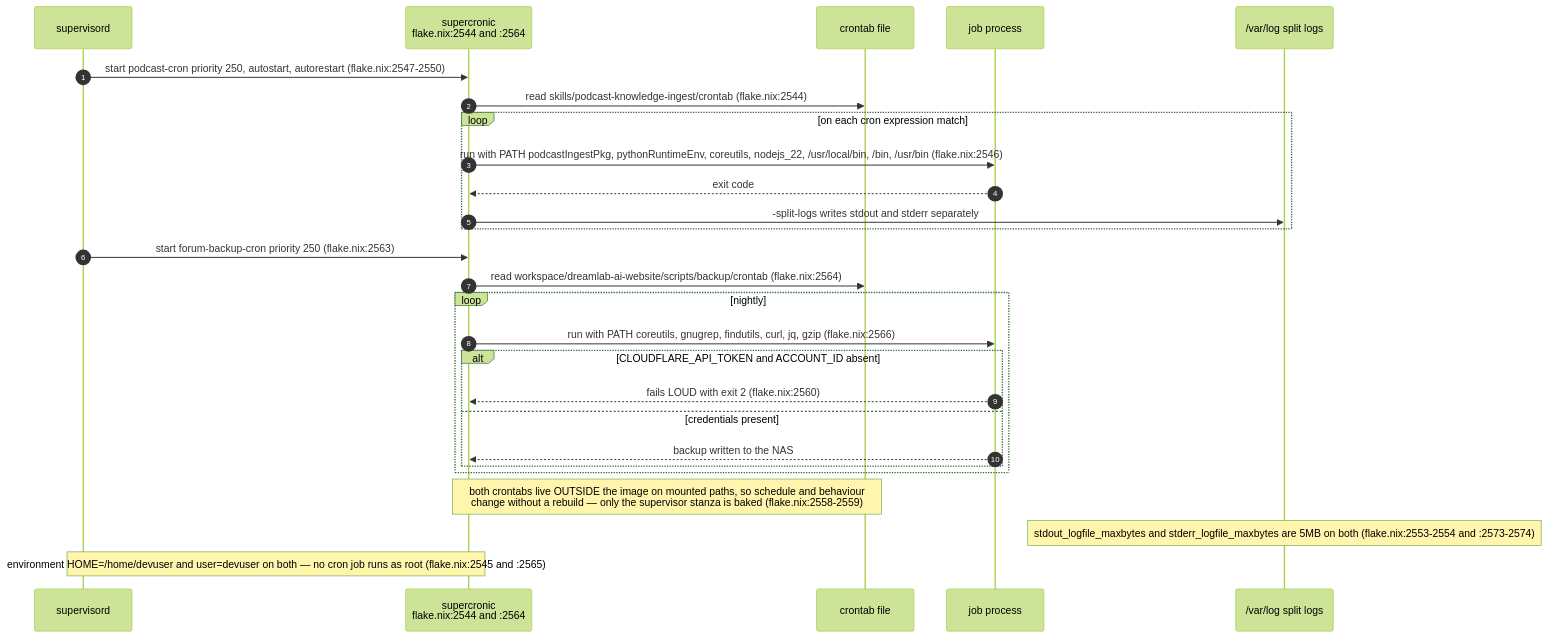
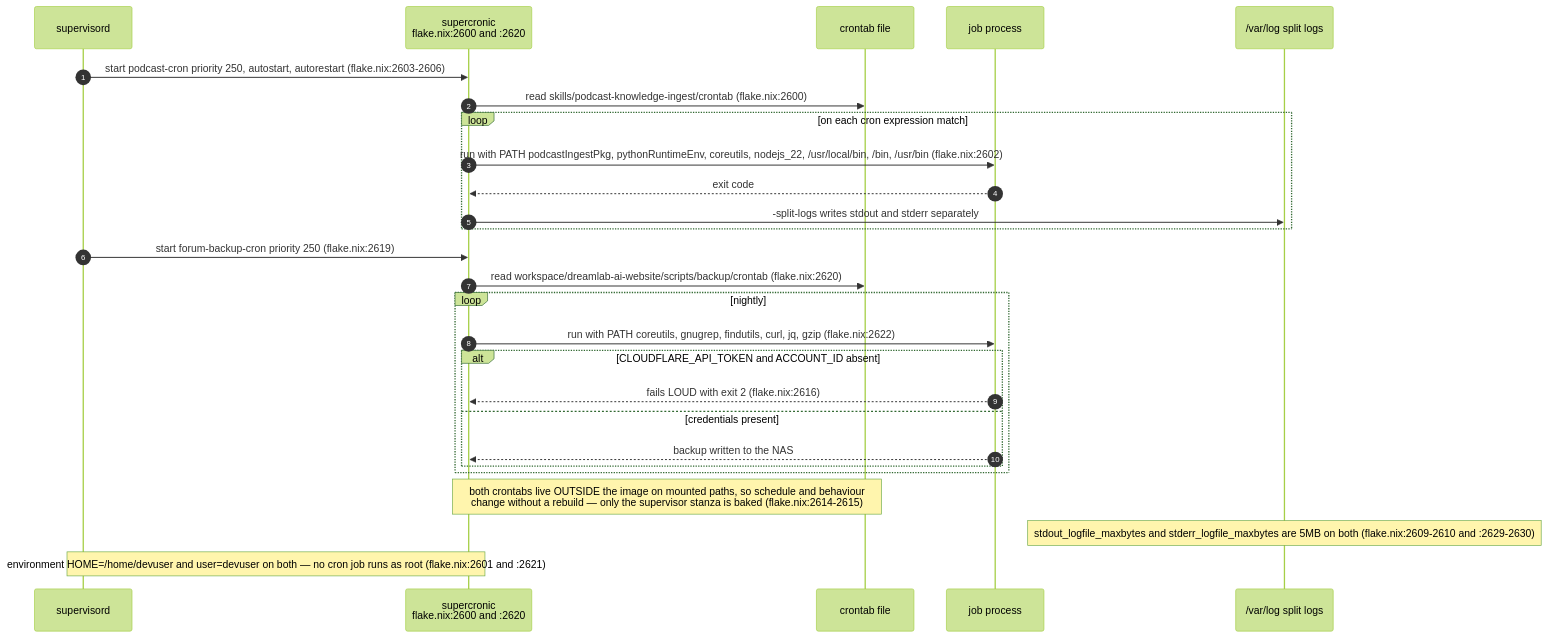
Before and after one commit to DreamLab-AI/VisionFlow: the seventh of 11 diagrams in docs/diagrams/agentbox/07-daemons-reapers-cron-backups.md, drawn with Mermaid (forest theme). The commit also changed other lines of this file and 94 other files, not shown here.

First line of the commit message:
docs(diagrams): re-verify 130 topics against 2 October HEADs

````diff
--- a/docs/diagrams/agentbox/07-daemons-reapers-cron-backups.md
+++ b/docs/diagrams/agentbox/07-daemons-reapers-cron-backups.md
@@ -283,30 +283,30 @@
 ```mermaid
 sequenceDiagram
     autonumber
     participant SUP as supervisord
-    participant SC as supercronic<br/>flake.nix:2544 and :2564
+    participant SC as supercronic<br/>flake.nix:2600 and :2620
     participant CT as crontab file
     participant J as job process
     participant L as /var/log split logs
 
-    SUP->>SC: start podcast-cron priority 250, autostart, autorestart (flake.nix:2547-2550)
-    SC->>CT: read skills/podcast-knowledge-ingest/crontab (flake.nix:2544)
+    SUP->>SC: start podcast-cron priority 250, autostart, autorestart (flake.nix:2603-2606)
+    SC->>CT: read skills/podcast-knowledge-ingest/crontab (flake.nix:2600)
     loop on each cron expression match
-        SC->>J: run with PATH podcastIngestPkg, pythonRuntimeEnv, coreutils, nodejs_22, /usr/local/bin, /bin, /usr/bin (flake.nix:2546)
+        SC->>J: run with PATH podcastIngestPkg, pythonRuntimeEnv, coreutils, nodejs_22, /usr/local/bin, /bin, /usr/bin (flake.nix:2602)
         J-->>SC: exit code
         SC->>L: -split-logs writes stdout and stderr separately
     end
-    SUP->>SC: start forum-backup-cron priority 250 (flake.nix:2563)
-    SC->>CT: read workspace/dreamlab-ai-website/scripts/backup/crontab (flake.nix:2564)
+    SUP->>SC: start forum-backup-cron priority 250 (flake.nix:2619)
+    SC->>CT: read workspace/dreamlab-ai-website/scripts/backup/crontab (flake.nix:2620)
     loop nightly
-        SC->>J: run with PATH coreutils, gnugrep, findutils, curl, jq, gzip (flake.nix:2566)
+        SC->>J: run with PATH coreutils, gnugrep, findutils, curl, jq, gzip (flake.nix:2622)
         alt CLOUDFLARE_API_TOKEN and ACCOUNT_ID absent
-            J-->>SC: fails LOUD with exit 2 (flake.nix:2560)
+            J-->>SC: fails LOUD with exit 2 (flake.nix:2616)
         else credentials present
             J-->>SC: backup written to the NAS
         end
     end
-    Note over SC,CT: both crontabs live OUTSIDE the image on mounted paths, so schedule and behaviour<br/>change without a rebuild — only the supervisor stanza is baked (flake.nix:2558-2559)
-    Note over L: stdout_logfile_maxbytes and stderr_logfile_maxbytes are 5MB on both (flake.nix:2553-2554 and :2573-2574)
-    Note over SUP,SC: environment HOME=/home/devuser and user=devuser on both — no cron job runs as root (flake.nix:2545 and :2565)
+    Note over SC,CT: both crontabs live OUTSIDE the image on mounted paths, so schedule and behaviour<br/>change without a rebuild — only the supervisor stanza is baked (flake.nix:2614-2615)
+    Note over L: stdout_logfile_maxbytes and stderr_logfile_maxbytes are 5MB on both (flake.nix:2609-2610 and :2629-2630)
+    Note over SUP,SC: environment HOME=/home/devuser and user=devuser on both — no cron job runs as root (flake.nix:2601 and :2621)
 ```
````
